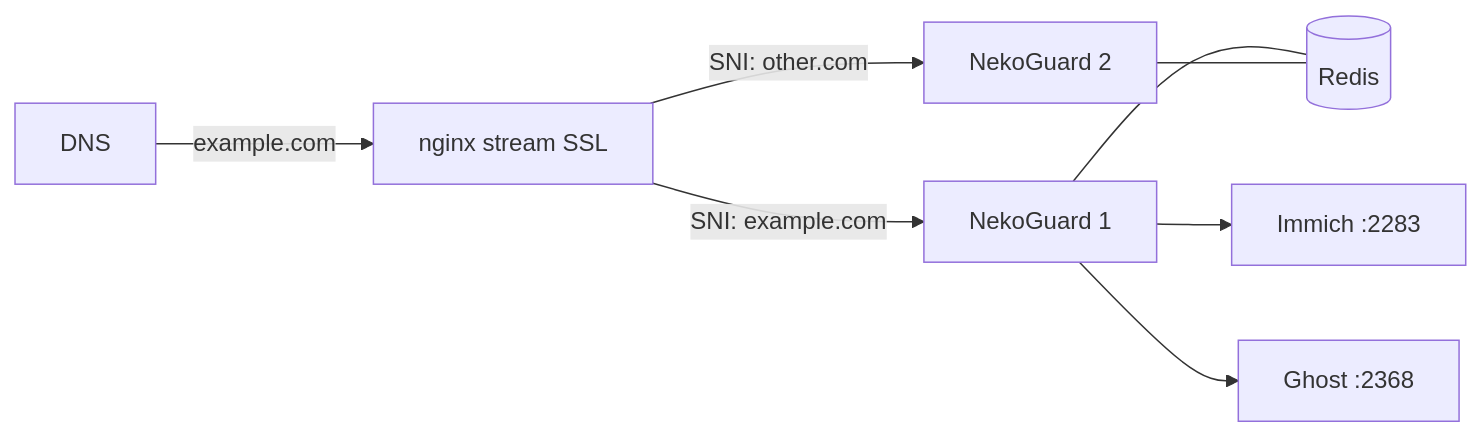
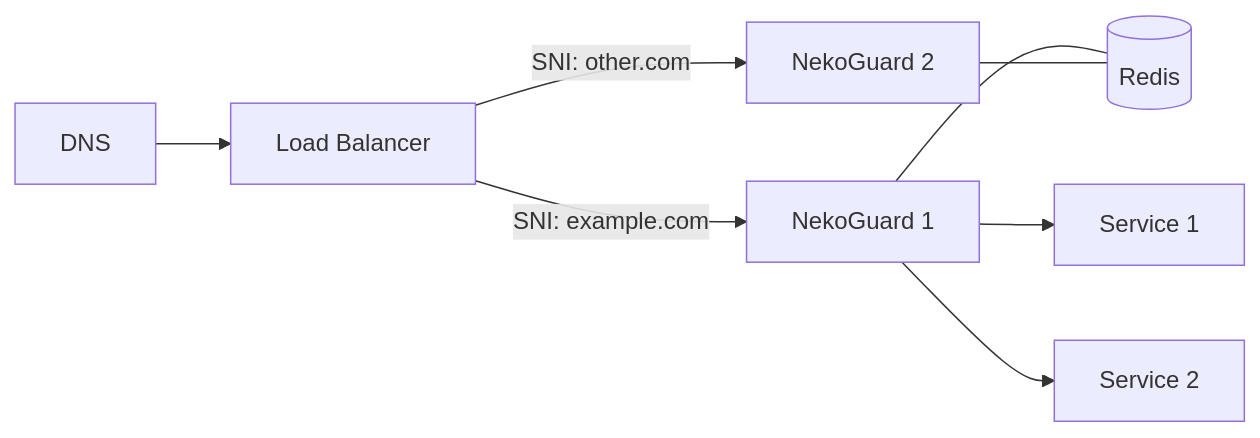
Before and after one commit to rawnullbyte/NekoGuard: the second of 2 diagrams in README.md, drawn with Mermaid. The commit also changed other lines of this file, not shown here.

First line of the commit message:
Fix README: clean graphs, rate limit cascade example, no emojis

````diff
--- a/README.md
+++ b/README.md
@@ -193,10 +203,10 @@
 ```mermaid
 flowchart LR
-    DNS[DNS] -->|example.com| LB[nginx stream SSL]
+    DNS[DNS] --> LB[Load Balancer]
     LB -->|SNI: example.com| R1[NekoGuard 1]
     LB -->|SNI: other.com| R2[NekoGuard 2]
     R1 --- Redis[(Redis)]
     R2 --- Redis
-    R1 --> B1[Immich :2283]
-    R1 --> B2[Ghost :2368]
+    R1 --> S1[Service 1]
+    R1 --> S2[Service 2]
 ```
````
